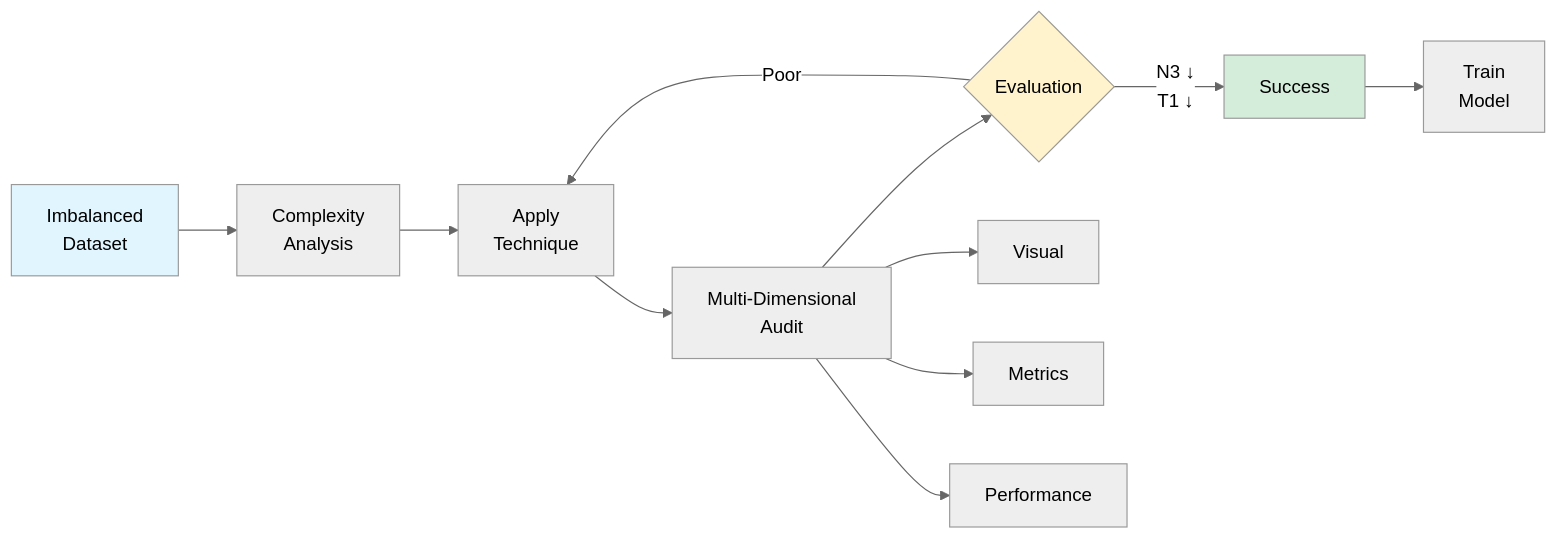
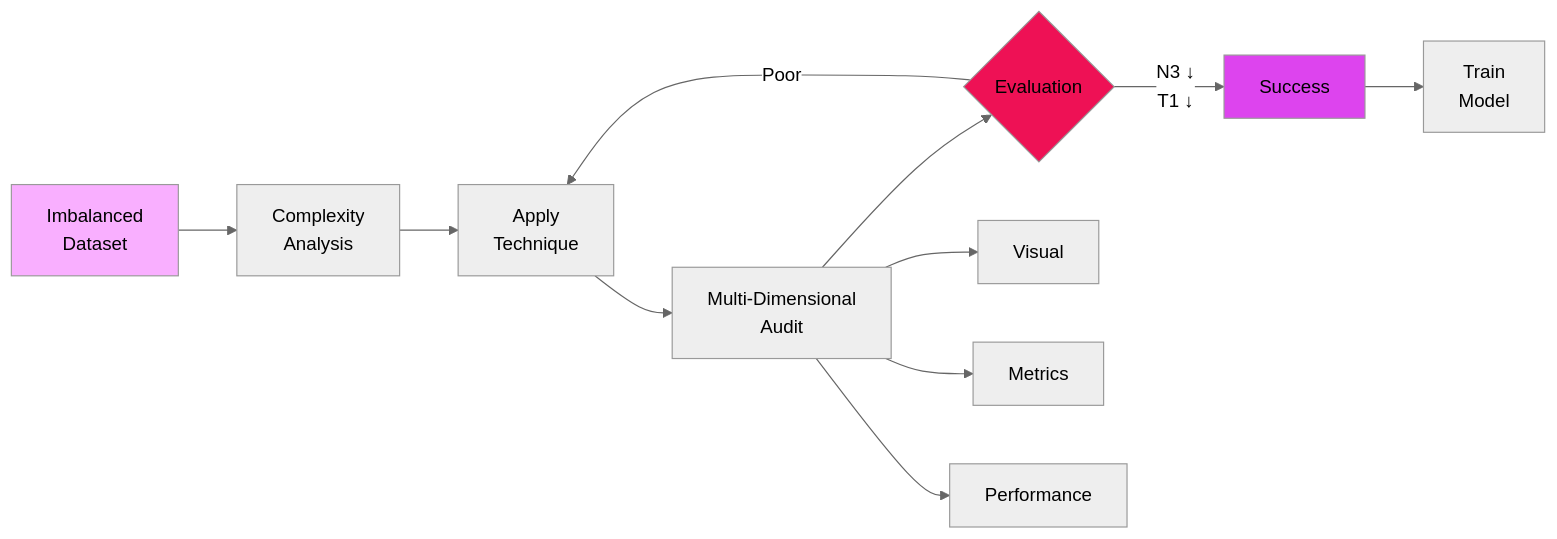
The diagram in README.md (mohdUwaish59/fairsample), drawn with Mermaid (neutral theme) before and after one commit.

Commit message:
chore: adding workflow image in readme

````diff
--- a/README.md
+++ b/README.md
@@ -10,17 +10,17 @@
 ```mermaid
 flowchart LR
     A[Imbalanced<br/>Dataset] --> B[Complexity<br/>Analysis]
     B --> C[Apply<br/>Technique]
     C --> D[Multi-Dimensional<br/>Audit]
     D --> E{Evaluation}
     E -->|N3 ↓<br/>T1 ↓| F[Success]
     E -->|Poor| C
     F --> G[Train<br/>Model]
     D --> D1[Visual]
     D --> D2[Metrics]
     D --> D3[Performance]
     
-    style A fill:#e1f5fe
-    style F fill:#d4edda
-    style E fill:#fff3cd
+    style A fill:#e1f5
+    style F fill:#d4e
+    style E fill:#e15
 ```
````
